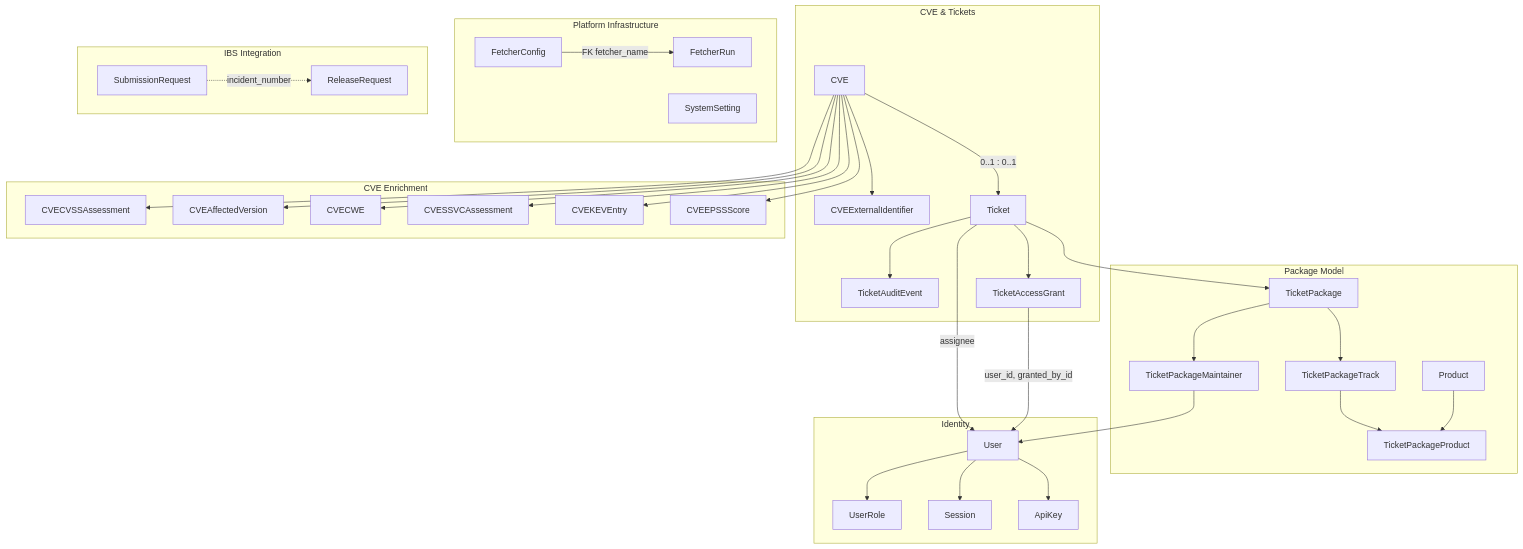
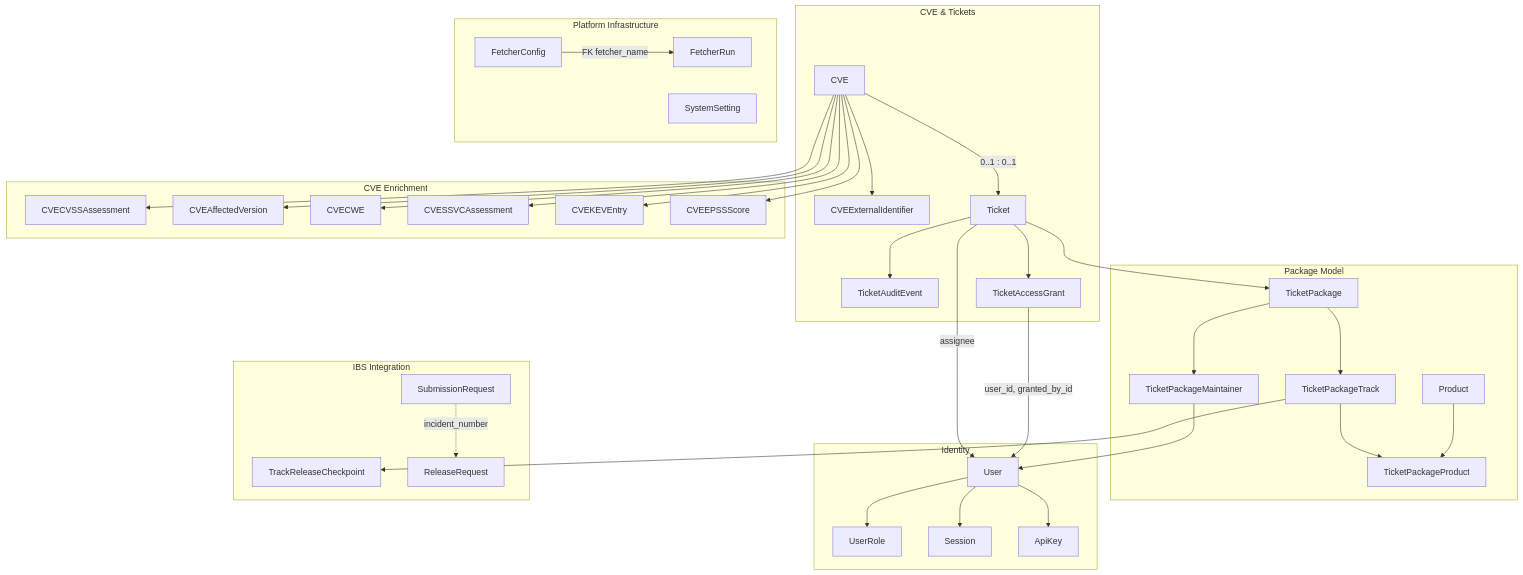
One commit to StayPirate/STAMP changed the first of 6 diagrams in docs/data-model.md. Above: the diagram before and after it, drawn with Mermaid. The commit also changed other lines of this file and 16 other files, not shown here.

Commit message:
docs: define IBS track release reconciliation

````diff
--- a/docs/data-model.md
+++ b/docs/data-model.md
@@ -38,69 +38,71 @@
 ```mermaid
 flowchart TB
     subgraph cve_tickets["CVE & Tickets"]
         CVE
         CVEExternalIdentifier
         Ticket
         TicketAuditEvent
         TicketAccessGrant
     end
 
     subgraph cve_enrichment["CVE Enrichment"]
         CVECVSSAssessment
         CVEAffectedVersion
         CVECWE
         CVESSVCAssessment
         CVEKEVEntry
         CVEEPSSScore
     end
 
     subgraph packages["Package Model"]
         TicketPackage
         TicketPackageMaintainer
         TicketPackageTrack
         TicketPackageProduct
         Product
     end
 
     subgraph identity["Identity"]
         User
         UserRole
         Session
         ApiKey
     end
 
     subgraph platform["Platform Infrastructure"]
         FetcherConfig
         FetcherRun
         SystemSetting
     end
 
     subgraph ibs["IBS Integration"]
+        TrackReleaseCheckpoint
         SubmissionRequest
         ReleaseRequest
     end
 
     CVE --> CVEExternalIdentifier
     CVE --> CVECVSSAssessment
     CVE --> CVEAffectedVersion
     CVE --> CVECWE
     CVE --> CVESSVCAssessment
     CVE --> CVEKEVEntry
     CVE --> CVEEPSSScore
     CVE -->|"0..1 : 0..1"| Ticket
     Ticket --> TicketAuditEvent
     Ticket --> TicketAccessGrant
     Ticket --> TicketPackage
     Ticket -->|"assignee"| User
     TicketAccessGrant -->|"user_id, granted_by_id"| User
     TicketPackage --> TicketPackageTrack
     TicketPackage --> TicketPackageMaintainer
     TicketPackageMaintainer --> User
     TicketPackageTrack --> TicketPackageProduct
+    TicketPackageTrack --> TrackReleaseCheckpoint
     Product --> TicketPackageProduct
     User --> UserRole
     User --> Session
     User --> ApiKey
     FetcherConfig -->|"FK fetcher_name"| FetcherRun
     SubmissionRequest -.->|"incident_number"| ReleaseRequest
 ```
````
